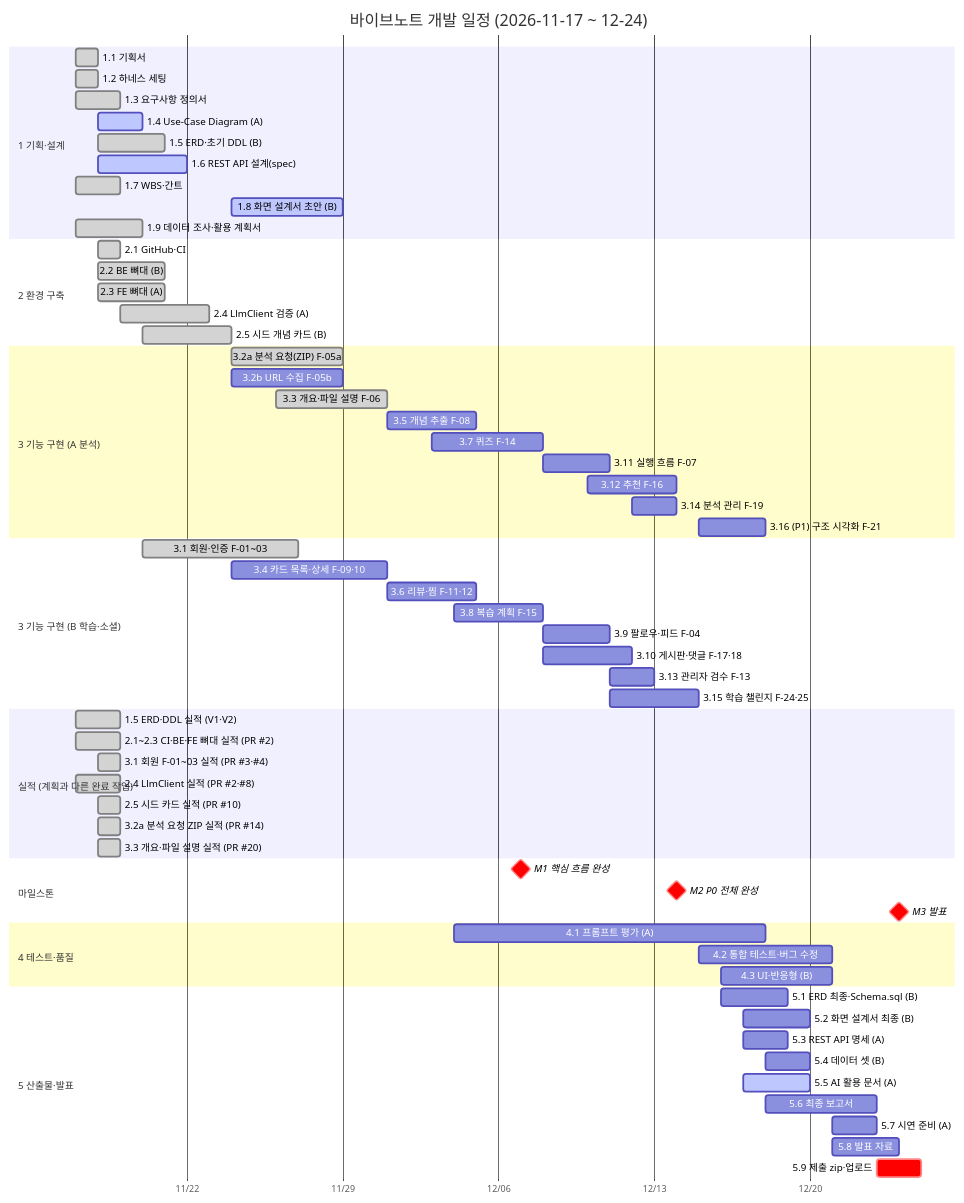
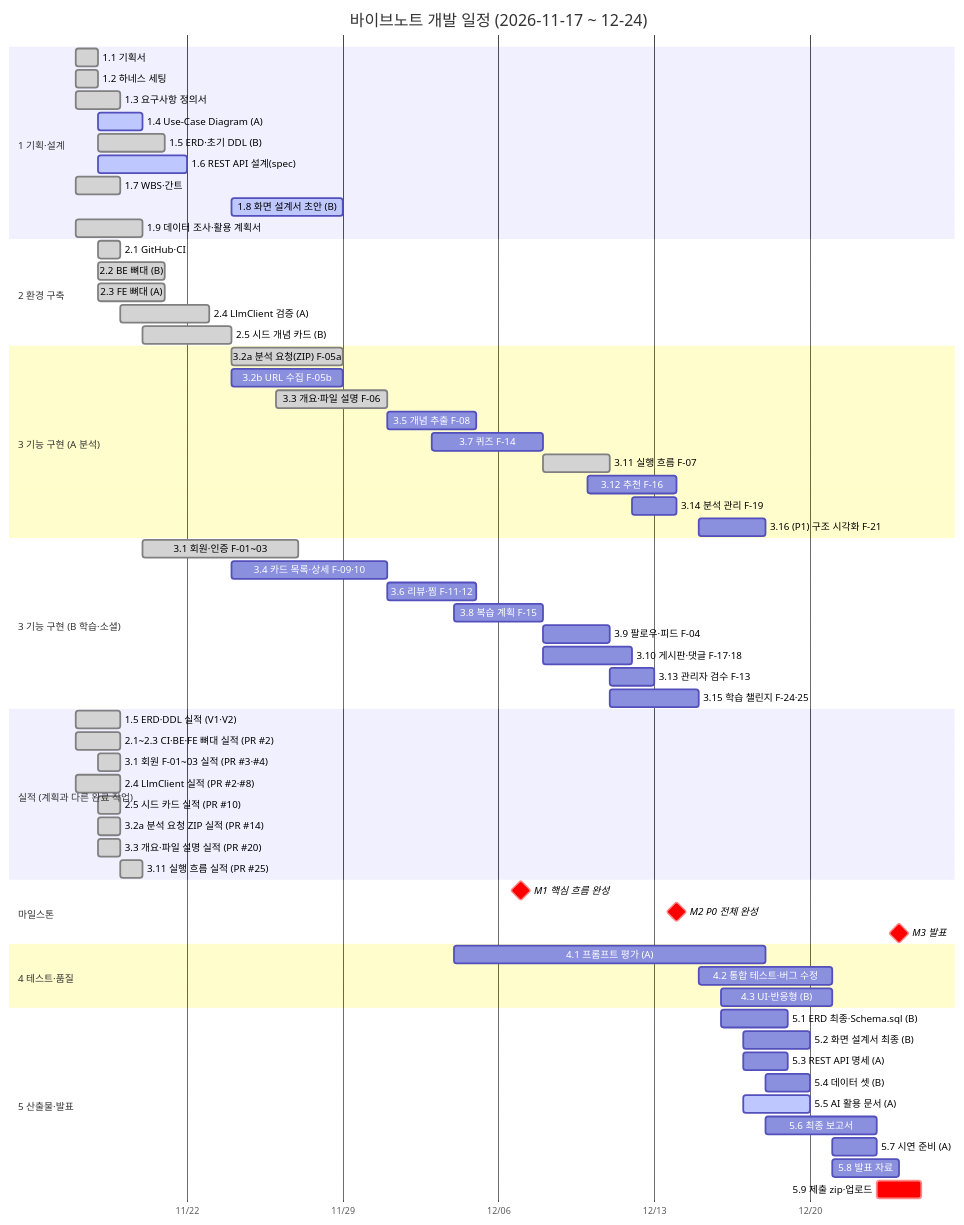
The diagram in docs/산출물/05-간트차트.md (whans1996/final), drawn with Mermaid before and after one commit. The commit also changed other lines of this file and 4 other files, not shown here.

````diff
--- a/docs/산출물/05-간트차트.md
+++ b/docs/산출물/05-간트차트.md
@@ -7,76 +7,77 @@
 ```mermaid
 gantt
   title 바이브노트 개발 일정 (2026-11-17 ~ 12-24)
   dateFormat YYYY-MM-DD
   axisFormat %m/%d
   todayMarker off
 
   section 1 기획·설계
   1.1 기획서                     :done,    t11, 2026-11-17, 1d
   1.2 하네스 세팅                :done,    t12, 2026-11-17, 1d
   1.3 요구사항 정의서            :done,    t13, 2026-11-17, 2d
   1.4 Use-Case Diagram (A)       :active,  t14, 2026-11-18, 2d
   1.5 ERD·초기 DDL (B)           :done,    t15, 2026-11-18, 3d
   1.6 REST API 설계(spec)        :active,  t16, 2026-11-18, 4d
   1.7 WBS·간트                   :done,    t17, 2026-11-17, 2d
   1.8 화면 설계서 초안 (B)       :active,  t18, 2026-11-24, 5d
   1.9 데이터 조사·활용 계획서    :done,    t19, 2026-11-17, 3d
 
   section 2 환경 구축
   2.1 GitHub·CI                  :done,    t21, 2026-11-18, 1d
   2.2 BE 뼈대 (B)                :done,    t22, 2026-11-18, 3d
   2.3 FE 뼈대 (A)                :done,    t23, 2026-11-18, 3d
   2.4 LlmClient 검증 (A)         :done,    t24, 2026-11-19, 4d
   2.5 시드 개념 카드 (B)         :done,    t25, 2026-11-20, 4d
 
   section 3 기능 구현 (A 분석)
   3.2a 분석 요청(ZIP) F-05a     :done,    t32a, 2026-11-24, 5d
   3.2b URL 수집 F-05b            :         t32b, 2026-11-24, 5d
   3.3 개요·파일 설명 F-06        :done,    t33, 2026-11-26, 5d
   3.5 개념 추출 F-08             :         t35, 2026-12-01, 4d
   3.7 퀴즈 F-14                  :         t37, 2026-12-03, 5d
-  3.11 실행 흐름 F-07            :         t311, 2026-12-08, 3d
+  3.11 실행 흐름 F-07            :done,    t311, 2026-12-08, 3d
   3.12 추천 F-16                 :         t312, 2026-12-10, 4d
   3.14 분석 관리 F-19            :         t314, 2026-12-12, 2d
   3.16 (P1) 구조 시각화 F-21     :         t316, 2026-12-15, 3d
 
   section 3 기능 구현 (B 학습·소셜)
   3.1 회원·인증 F-01~03          :done,    t31, 2026-11-20, 7d
   3.4 카드 목록·상세 F-09·10     :         t34, 2026-11-24, 7d
   3.6 리뷰·찜 F-11·12            :         t36, 2026-12-01, 4d
   3.8 복습 계획 F-15             :         t38, 2026-12-04, 4d
   3.9 팔로우·피드 F-04           :         t39, 2026-12-08, 3d
   3.10 게시판·댓글 F-17·18       :         t310, 2026-12-08, 4d
   3.13 관리자 검수 F-13          :         t313, 2026-12-11, 2d
   3.15 학습 챌린지 F-24·25       :         t315, 2026-12-11, 4d
 
   section 실적 (계획과 다른 완료 작업)
   1.5 ERD·DDL 실적 (V1·V2)       :done,    a15, 2026-11-17, 2d
   2.1~2.3 CI·BE·FE 뼈대 실적 (PR #2) :done, a21, 2026-11-17, 2d
   3.1 회원 F-01~03 실적 (PR #3·#4) :done,  a31, 2026-11-18, 1d
   2.4 LlmClient 실적 (PR #2·#8) :done,    a24, 2026-11-17, 2d
   2.5 시드 카드 실적 (PR #10)    :done,    a25, 2026-11-18, 1d
   3.2a 분석 요청 ZIP 실적 (PR #14) :done,  a32a, 2026-11-18, 1d
   3.3 개요·파일 설명 실적 (PR #20) :done,  a33, 2026-11-18, 1d
+  3.11 실행 흐름 실적 (PR #25)   :done,    a311, 2026-11-19, 1d
 
   section 마일스톤
   M1 핵심 흐름 완성              :milestone, crit, m1, 2026-12-07, 0d
   M2 P0 전체 완성                :milestone, crit, m2, 2026-12-14, 0d
   M3 발표                        :milestone, crit, m3, 2026-12-24, 0d
 
   section 4 테스트·품질
   4.1 프롬프트 평가 (A)          :         t41, 2026-12-04, 14d
   4.2 통합 테스트·버그 수정      :         t42, 2026-12-15, 6d
   4.3 UI·반응형 (B)              :         t43, 2026-12-16, 5d
 
   section 5 산출물·발표
   5.1 ERD 최종·Schema.sql (B)    :         t51, 2026-12-16, 3d
   5.2 화면 설계서 최종 (B)       :         t52, 2026-12-17, 3d
   5.3 REST API 명세 (A)          :         t53, 2026-12-17, 2d
   5.4 데이터 셋 (B)              :         t54, 2026-12-18, 2d
   5.5 AI 활용 문서 (A)           :active,  t55, 2026-12-17, 3d
   5.6 최종 보고서                :         t56, 2026-12-18, 5d
   5.7 시연 준비 (A)              :         t57, 2026-12-21, 2d
   5.8 발표 자료                  :         t58, 2026-12-21, 3d
   5.9 제출 zip·업로드            :crit,    t59, 2026-12-23, 2d
 ```
````
